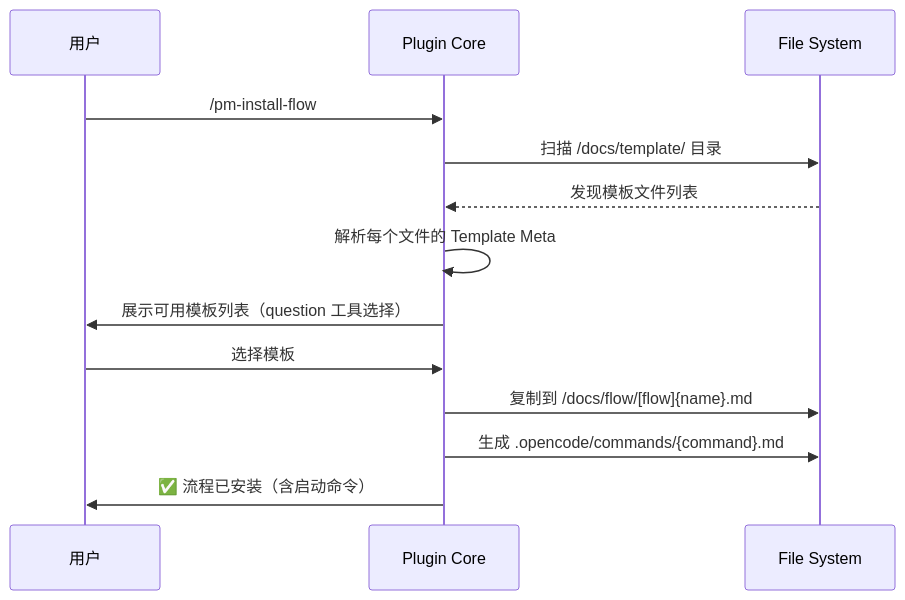
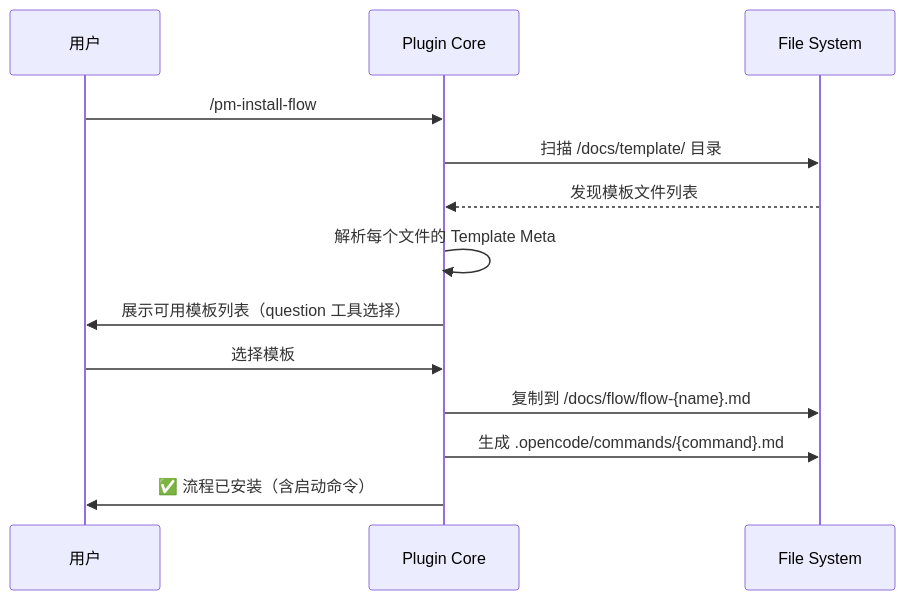
One commit to hank-cp/opencode-vibe-pm changed the first of 2 diagrams in docs/spec/vibe-pm-template-manager.md. Above: the diagram before and after it, drawn with Mermaid. The commit also changed other lines of this file and 13 other files, not shown here.

First line of the commit message:
feat: flow模板添加访谈后重新分析闭环，引擎增加步骤计时

````diff
--- a/docs/spec/vibe-pm-template-manager.md
+++ b/docs/spec/vibe-pm-template-manager.md
@@ -52,16 +52,16 @@
 ```mermaid
 sequenceDiagram
     participant User as 用户
     participant Core as Plugin Core
     participant FS as File System
 
     User->>Core: /pm-install-flow
     Core->>FS: 扫描 /docs/template/ 目录
     FS-->>Core: 发现模板文件列表
     Core->>Core: 解析每个文件的 Template Meta
     Core->>User: 展示可用模板列表（question 工具选择）
     User->>Core: 选择模板
-    Core->>FS: 复制到 /docs/flow/[flow]{name}.md
+    Core->>FS: 复制到 /docs/flow/flow-{name}.md
     Core->>FS: 生成 .opencode/commands/{command}.md
     Core->>User: ✅ 流程已安装（含启动命令）
 ```
````
